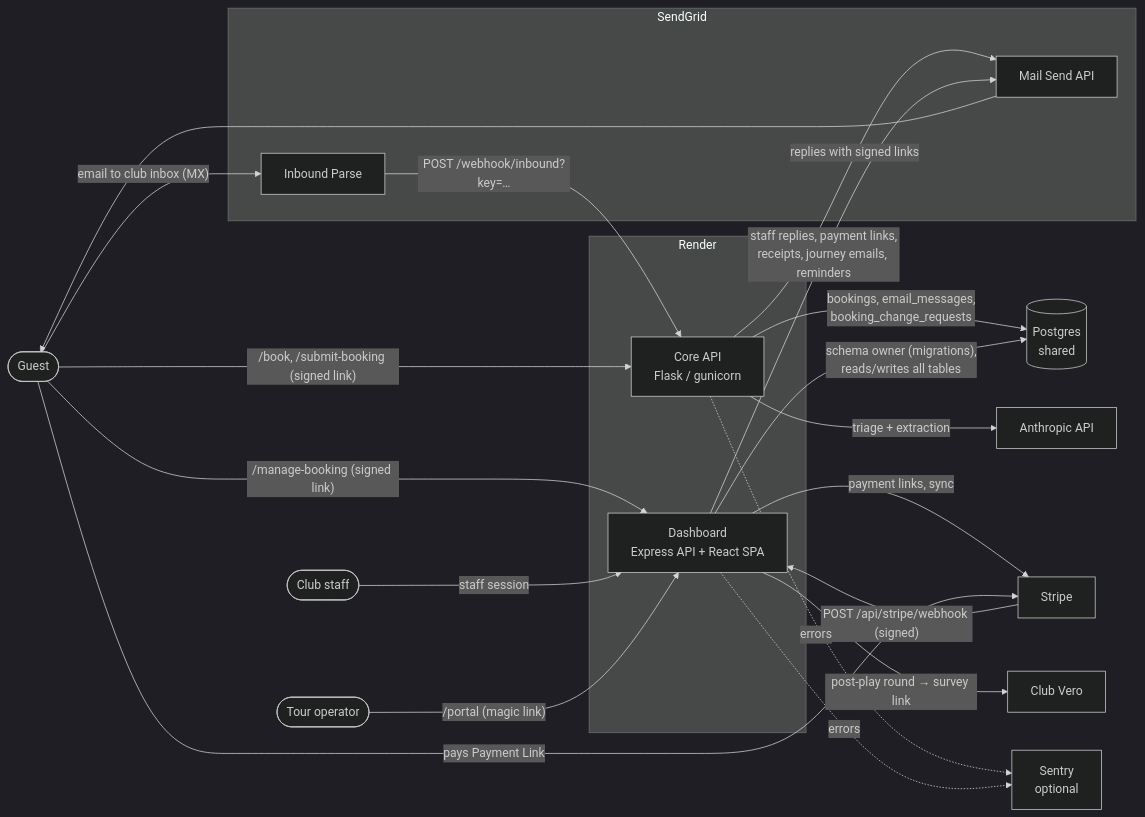
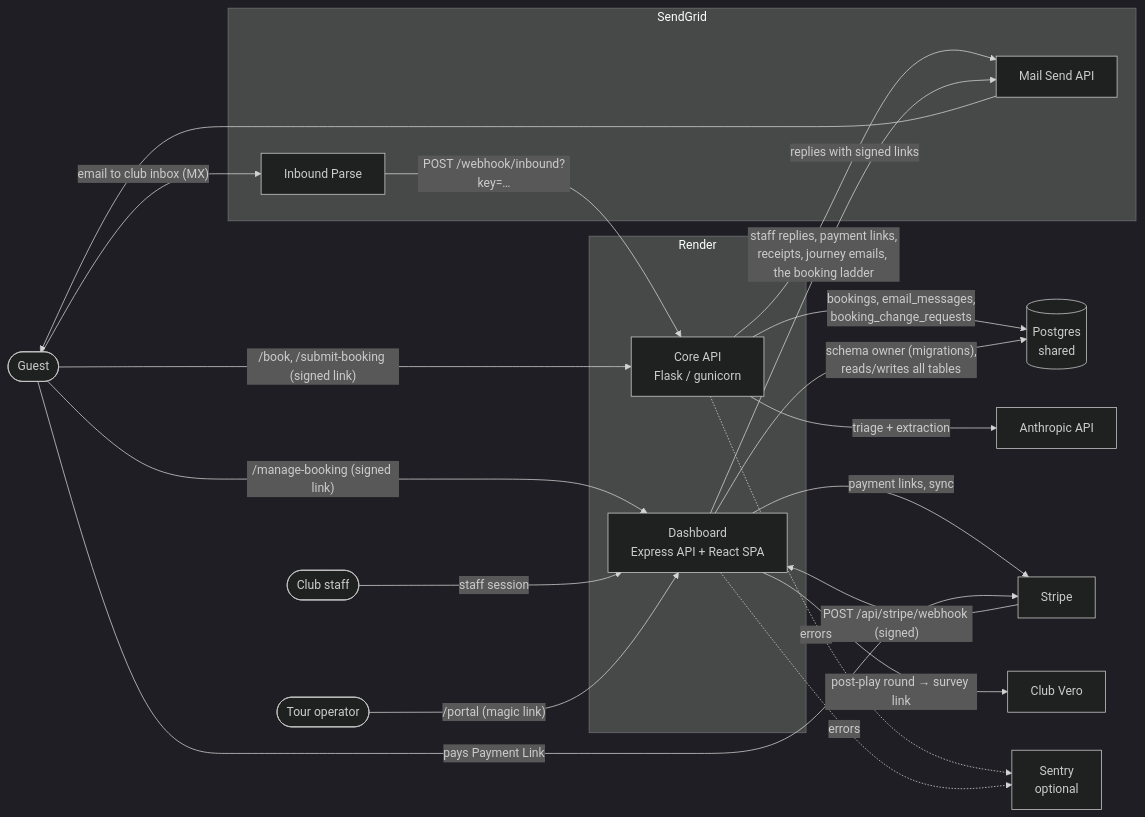
Before and after one commit to jimbobirecode/Demo_Dashboard: the first of 4 diagrams in docs/ARCHITECTURE.md, drawn with Mermaid (dark theme). The commit also changed other lines of this file and 22 other files, not shown here.

````diff
--- a/docs/ARCHITECTURE.md
+++ b/docs/ARCHITECTURE.md
@@ -12,41 +12,41 @@
 ```mermaid
 flowchart LR
     guest([Guest])
     staff([Club staff])
     op([Tour operator])
 
     subgraph SG[SendGrid]
         inbound[Inbound Parse]
         mailsend[Mail Send API]
     end
 
     subgraph Render
         core["Core API<br/>Flask / gunicorn"]
         dash["Dashboard<br/>Express API + React SPA"]
     end
 
     db[(Postgres<br/>shared)]
     ai[Anthropic API]
     stripe[Stripe]
     vero[Club Vero]
     sentry[Sentry<br/>optional]
 
     guest -- "email to club inbox (MX)" --> inbound
     inbound -- "POST /webhook/inbound?key=…" --> core
     core -- "triage + extraction" --> ai
     core -- "bookings, email_messages,<br/>booking_change_requests" --> db
     core -- "replies with signed links" --> mailsend
     mailsend --> guest
     guest -- "/book, /submit-booking (signed link)" --> core
     guest -- "/manage-booking (signed link)" --> dash
     staff -- "staff session" --> dash
     op -- "/portal (magic link)" --> dash
     dash -- "schema owner (migrations),<br/>reads/writes all tables" --> db
     dash -- "payment links, sync" --> stripe
     stripe -- "POST /api/stripe/webhook (signed)" --> dash
     guest -- "pays Payment Link" --> stripe
-    dash -- "staff replies, payment links,<br/>receipts, journey emails, reminders" --> mailsend
+    dash -- "staff replies, payment links,<br/>receipts, journey emails, the booking ladder" --> mailsend
     dash -- "post-play round → survey link" --> vero
     core -. errors .-> sentry
     dash -. errors .-> sentry
 ```
````
